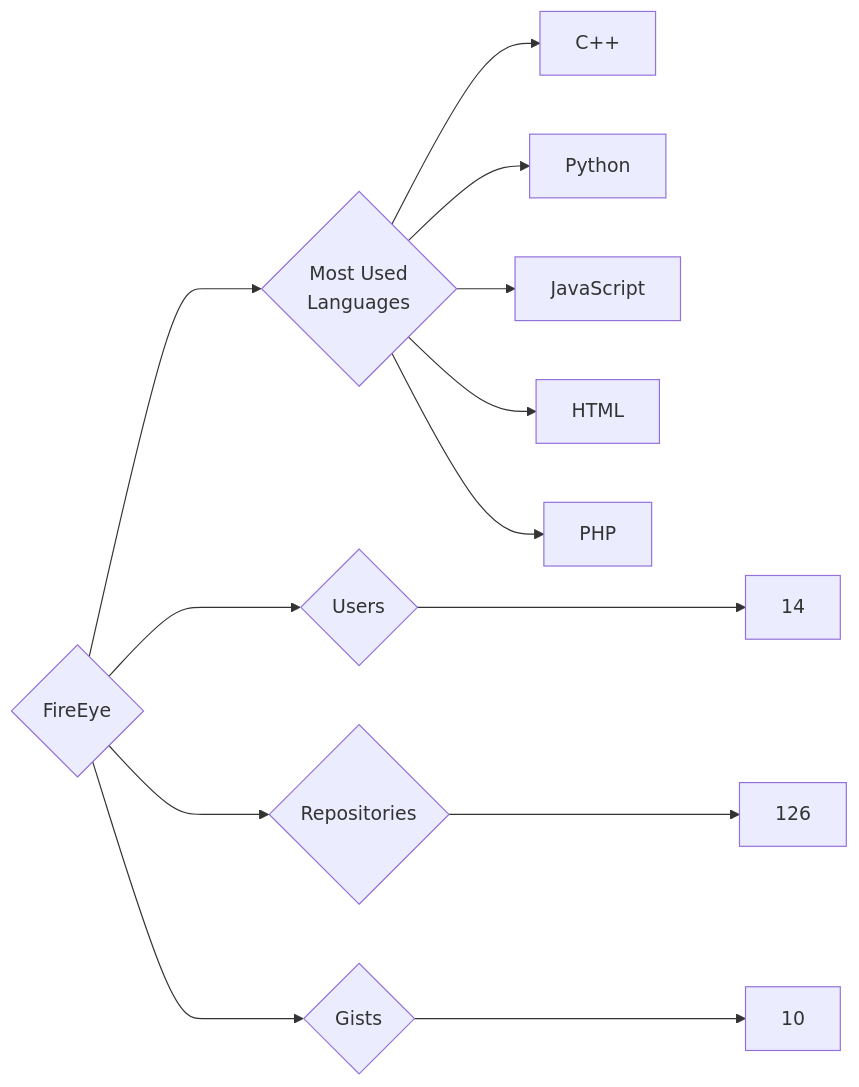
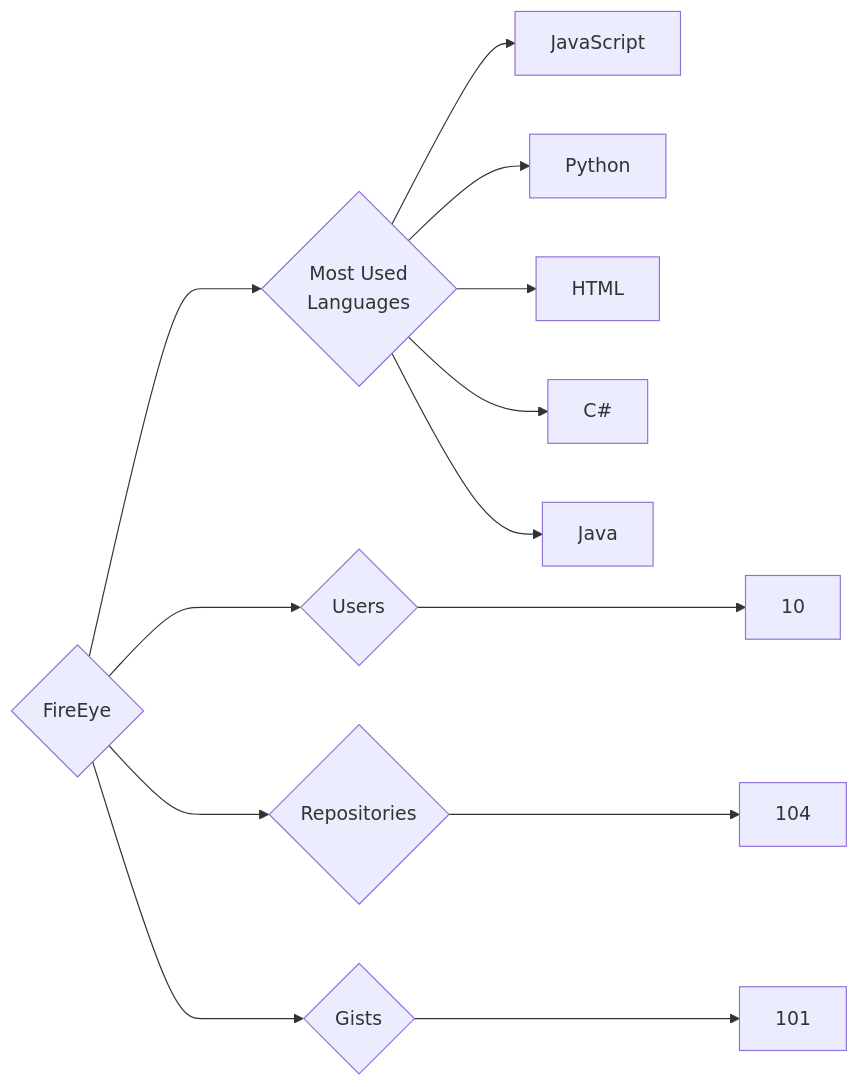
Before and after one commit to trickest/insiders: the diagram in targets/FireEye/README.md, drawn with Mermaid. The commit also changed 721 other files, not shown here.

````diff
--- a/targets/FireEye/README.md
+++ b/targets/FireEye/README.md
@@ -3,13 +3,13 @@
 ```mermaid
 graph LR
 COMPANY_NAME{FireEye}
-COMPANY_NAME ---> U{Users} ---> UN[14]
-COMPANY_NAME ---> R{Repositories} ---> RN[126]
-COMPANY_NAME ---> G{Gists} ---> GN[10]
+COMPANY_NAME ---> U{Users} ---> UN[10]
+COMPANY_NAME ---> R{Repositories} ---> RN[104]
+COMPANY_NAME ---> G{Gists} ---> GN[101]
 COMPANY_NAME ---> ML{Most Used<br>Languages}
-ML --> C++[C++]
+ML --> JavaScript[JavaScript]
 ML --> Python[Python]
-ML --> JavaScript[JavaScript]
 ML --> HTML[HTML]
-ML --> PHP[PHP]
+ML --> C#[C#]
+ML --> Java[Java]
 ```
````
